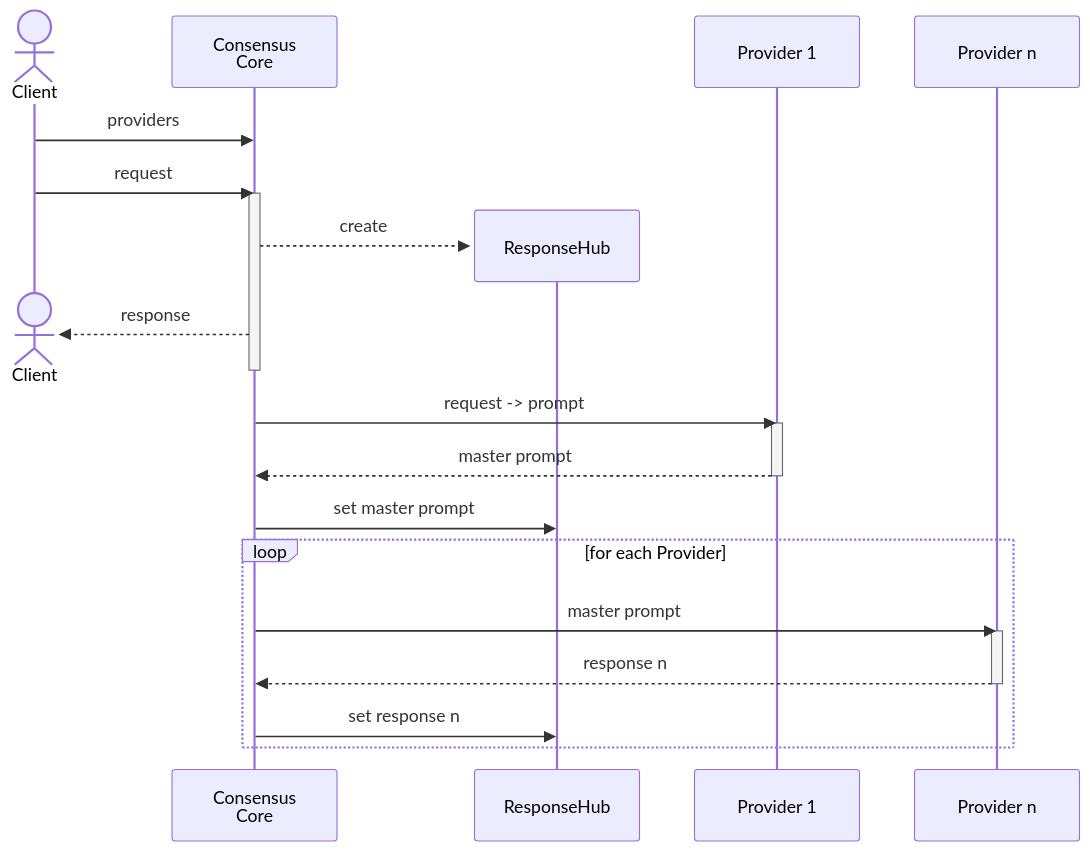
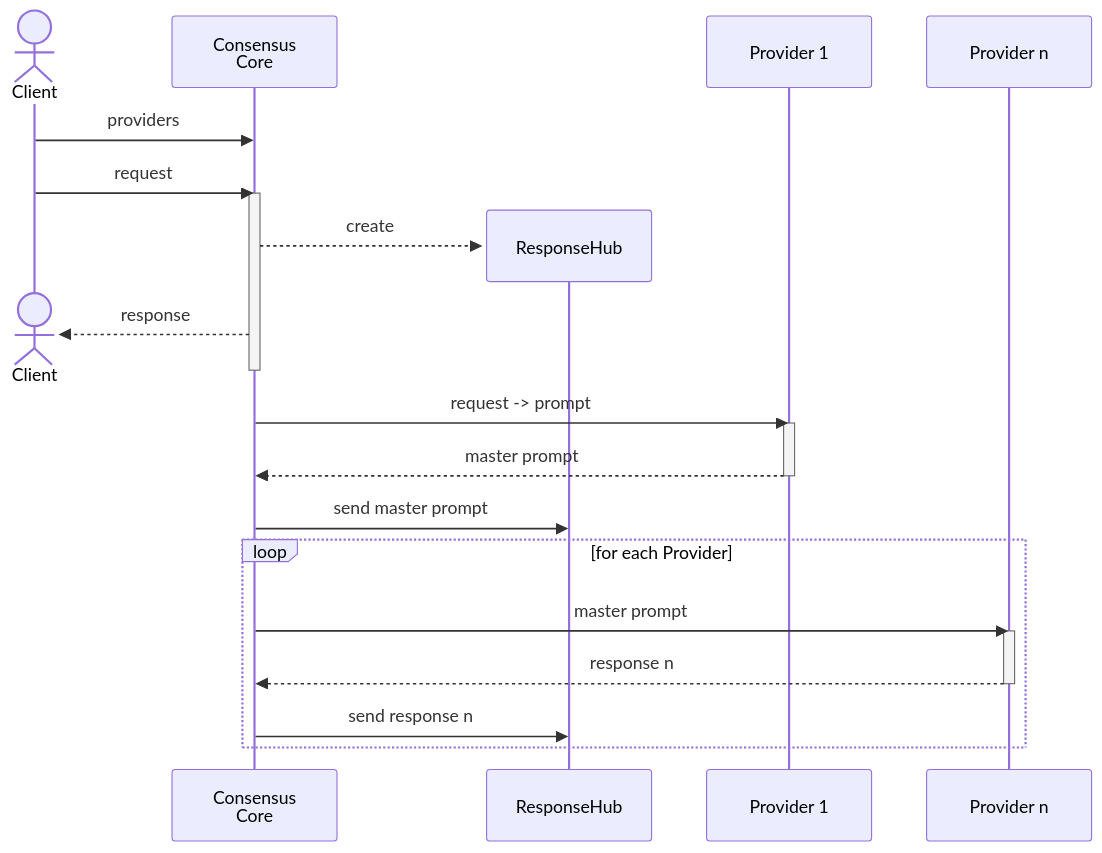
The first of 3 diagrams in docs/consensus-library-design.md (daniel-munoz/consensus), drawn with Mermaid before and after one commit. The commit also changed other lines of this file, not shown here.

Commit message:
Added more details and expanded final diagram

````diff
--- a/docs/consensus-library-design.md
+++ b/docs/consensus-library-design.md
@@ -23,27 +23,27 @@
 ```mermaid
   sequenceDiagram
   actor Client
   participant ConsensusCore as Consensus<br/>Core
   Client ->> ConsensusCore: providers
   Client ->> ConsensusCore: request
   activate ConsensusCore
   create participant ResponseHub
   ConsensusCore -->> ResponseHub: create
   destroy Client
   ConsensusCore -->> Client: response
   deactivate ConsensusCore
   participant LLM1 as Provider 1
   ConsensusCore ->> LLM1: request -> prompt
   activate LLM1
   LLM1 -->> ConsensusCore: master prompt
   deactivate LLM1
-  ConsensusCore ->> ResponseHub: set master prompt
+  ConsensusCore ->> ResponseHub: send master prompt
   participant LLMn as Provider n
   loop for each Provider
     ConsensusCore ->> LLMn: master prompt
     activate LLMn
     LLMn -->> ConsensusCore: response n
     deactivate LLMn
-    ConsensusCore ->> ResponseHub: set response n
+    ConsensusCore ->> ResponseHub: send response n
   end
 ```
````
